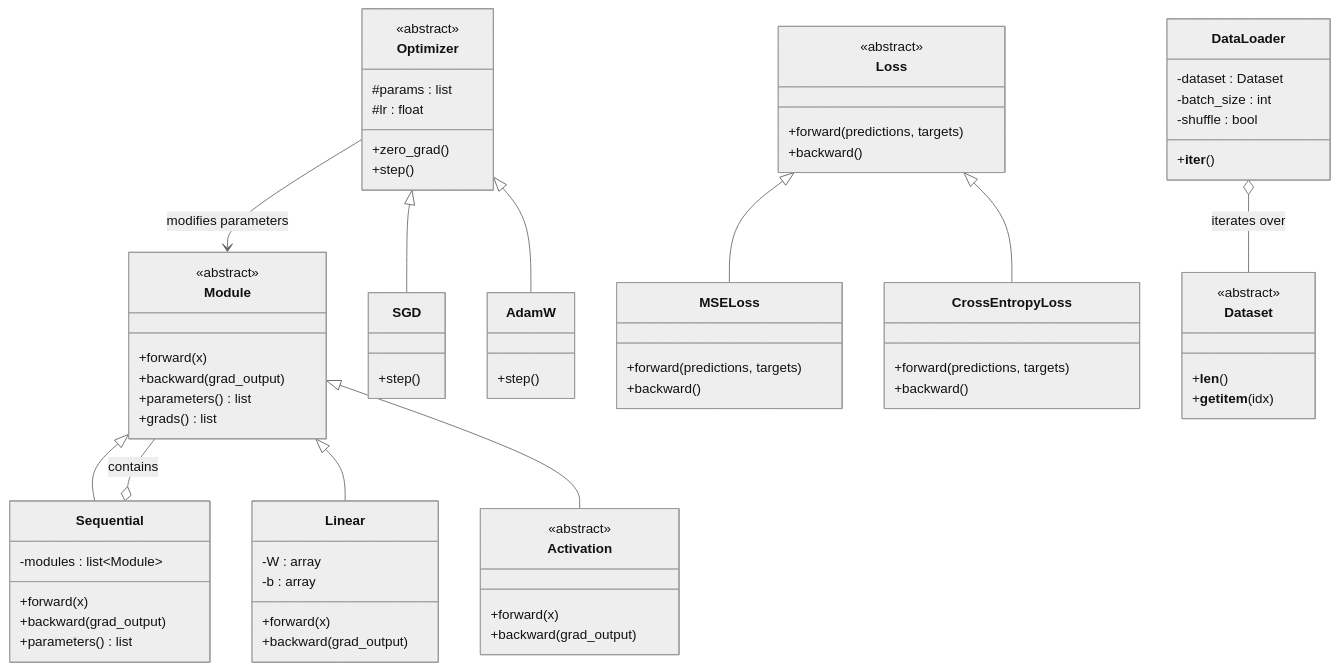
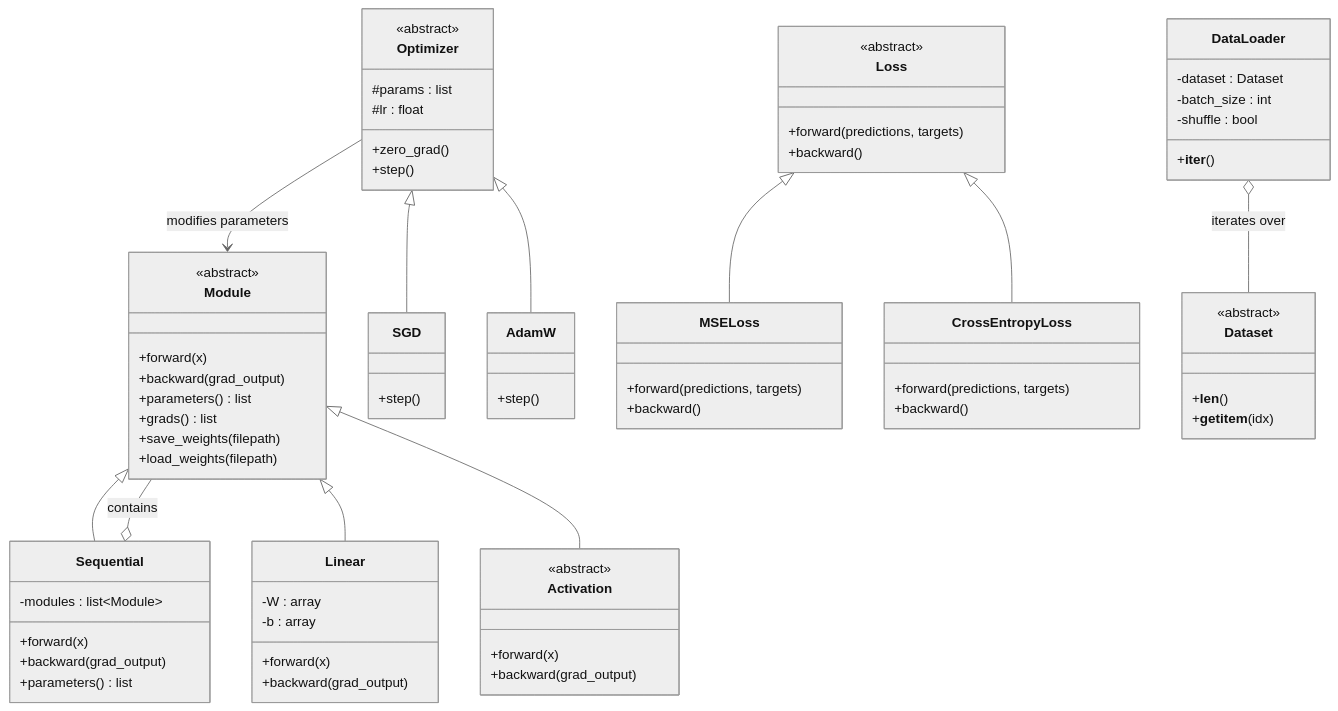
Before and after one commit to stiber/Mini-Torch: the diagram in docs/index.md, drawn with Mermaid (neutral theme). The commit also changed other lines of this file, not shown here.

Commit message:
Added documentation for saving and loading weights.

```diff
--- a/docs/index.md
+++ b/docs/index.md
@@ -44,6 +44,8 @@
         +backward(grad_output)
         +parameters() list
         +grads() list
+        +save_weights(filepath)
+        +load_weights(filepath)
     }
 
     class Sequential {
```
